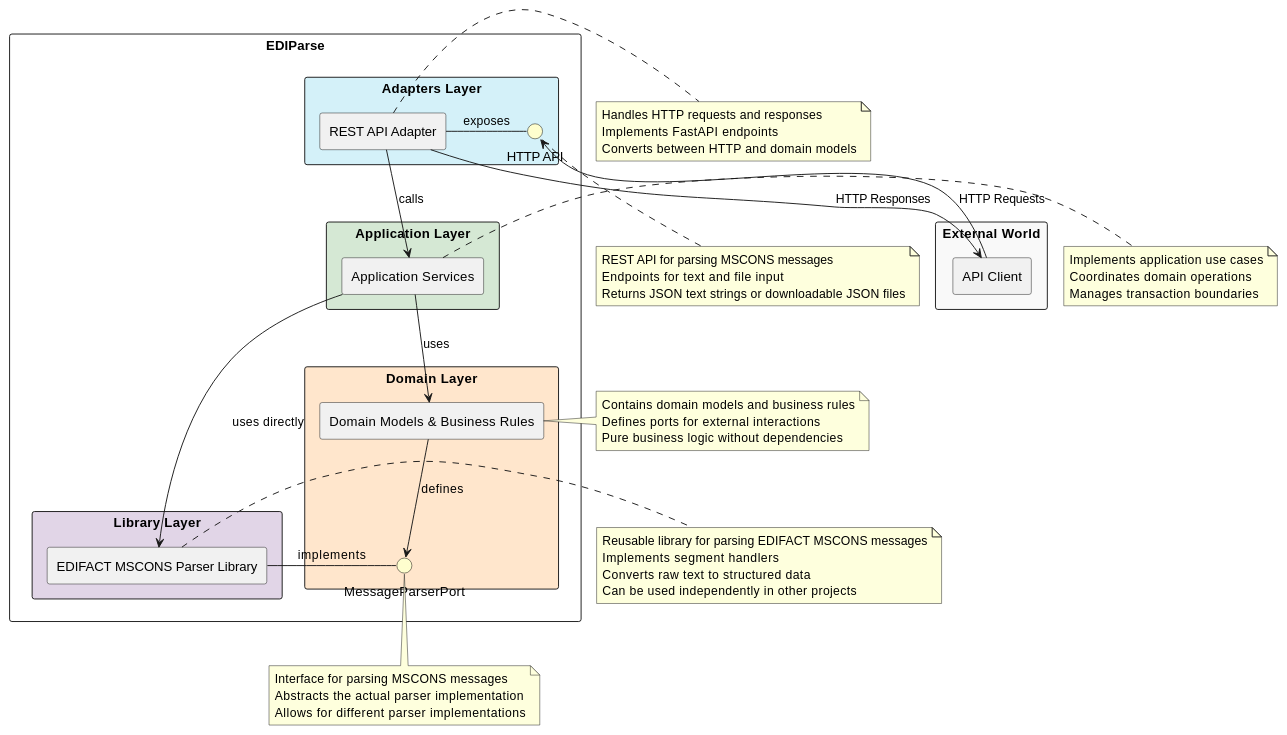
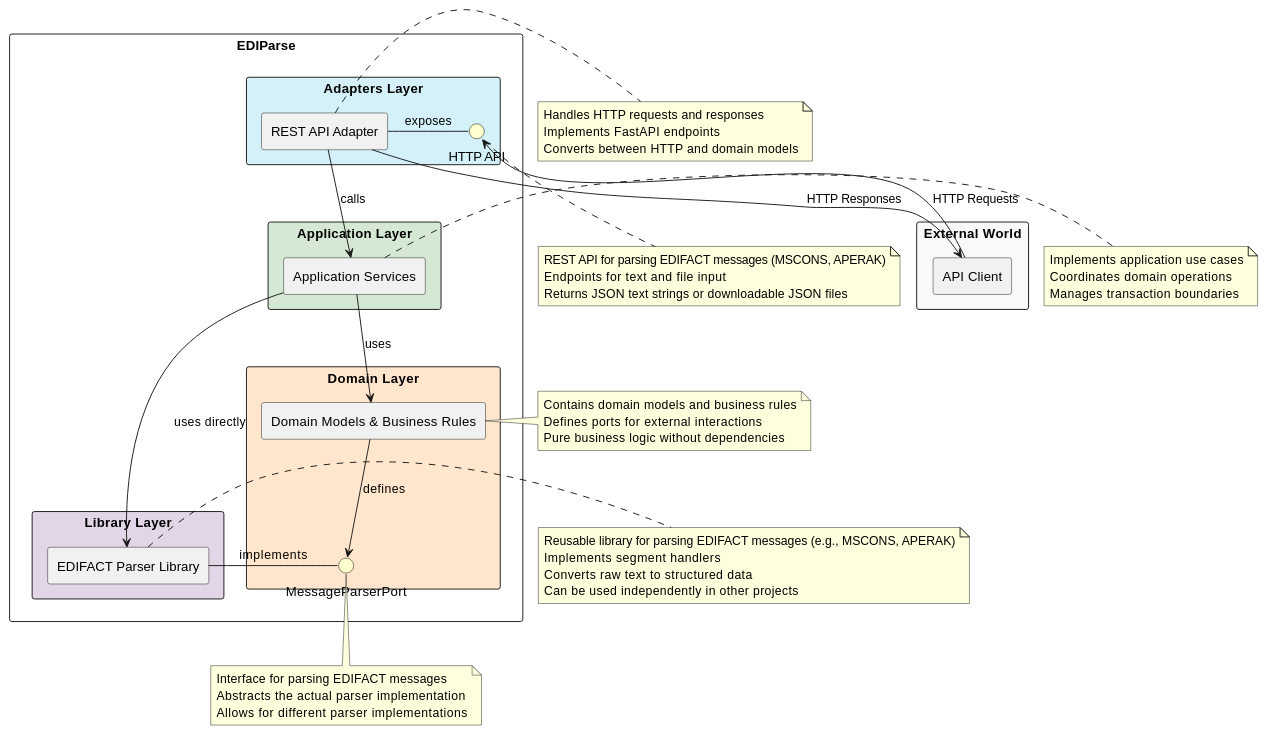
The third of 6 diagrams in docs/architecture.md (h2nguyen/EDIParse), drawn with PlantUML before and after one commit. The commit also changed other lines of this file and 233 other files, not shown here.

```diff
--- a/docs/architecture.md
+++ b/docs/architecture.md
@@ -287,7 +296,7 @@
 
   ' Library Layer
   package "Library Layer" #e1d5e7 {
-    [EDIFACT MSCONS Parser Library] as Parser
+    [EDIFACT Parser Library] as Parser
   }
 }
 
@@ -322,20 +331,20 @@
 end note
 
 note right of Parser
-  Reusable library for parsing EDIFACT MSCONS messages
+  Reusable library for parsing EDIFACT messages (e.g., MSCONS, APERAK)
   Implements segment handlers
   Converts raw text to structured data
   Can be used independently in other projects
 end note
 
 note bottom of HttpApi
-  REST API for parsing MSCONS messages
+  REST API for parsing EDIFACT messages (MSCONS, APERAK)
   Endpoints for text and file input
   Returns JSON text strings or downloadable JSON files
 end note
 
 note bottom of ParserPort
-  Interface for parsing MSCONS messages
+  Interface for parsing EDIFACT messages
   Abstracts the actual parser implementation
   Allows for different parser implementations
 end note
```
